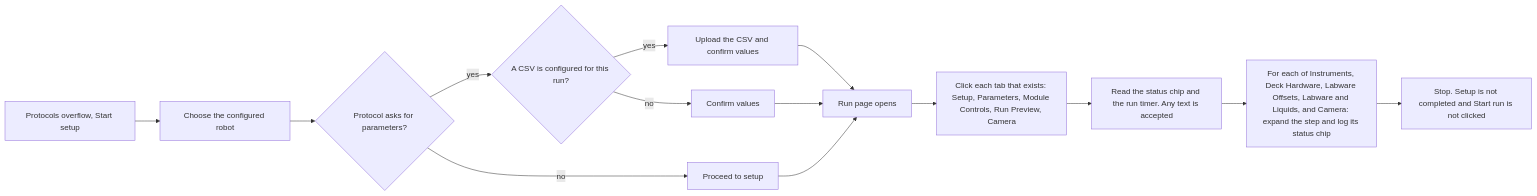
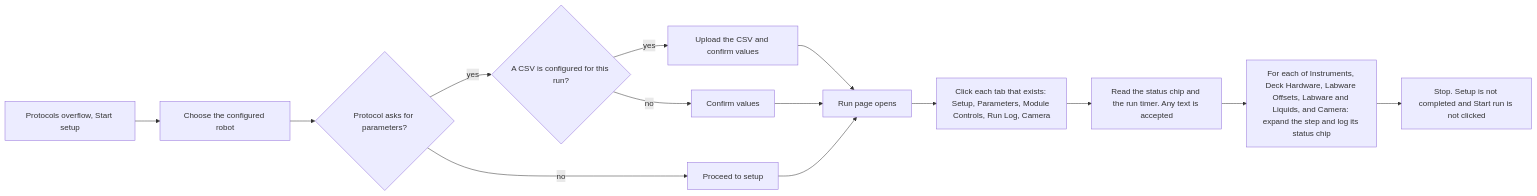
One commit to Opentrons/AppE2E changed the ninth of 12 diagrams in TEST_FLOWS_APP.md. Above: the diagram before and after it, drawn with Mermaid. The commit also changed 11 other files, not shown here.

````diff
--- a/TEST_FLOWS_APP.md
+++ b/TEST_FLOWS_APP.md
@@ -217,16 +217,16 @@
 ```mermaid
 flowchart LR
   setup["Protocols overflow, Start setup"] --> robot["Choose the configured robot"]
   robot --> params{"Protocol asks for parameters?"}
   params -->|yes| csv{"A CSV is configured for this run?"}
   csv -->|yes| upload["Upload the CSV and confirm values"]
   csv -->|no| confirm["Confirm values"]
   params -->|no| proceed["Proceed to setup"]
   upload --> runPage
   confirm --> runPage
   proceed --> runPage["Run page opens"]
-  runPage --> tabs["Click each tab that exists: Setup, Parameters, Module Controls, Run Preview, Camera"]
+  runPage --> tabs["Click each tab that exists: Setup, Parameters, Module Controls, Run Log, Camera"]
   tabs --> header["Read the status chip and the run timer. Any text is accepted"]
   header --> steps["For each of Instruments, Deck Hardware, Labware Offsets, Labware and Liquids, and Camera: expand the step and log its status chip"]
   steps --> stop["Stop. Setup is not completed and Start run is not clicked"]
 ```
````
